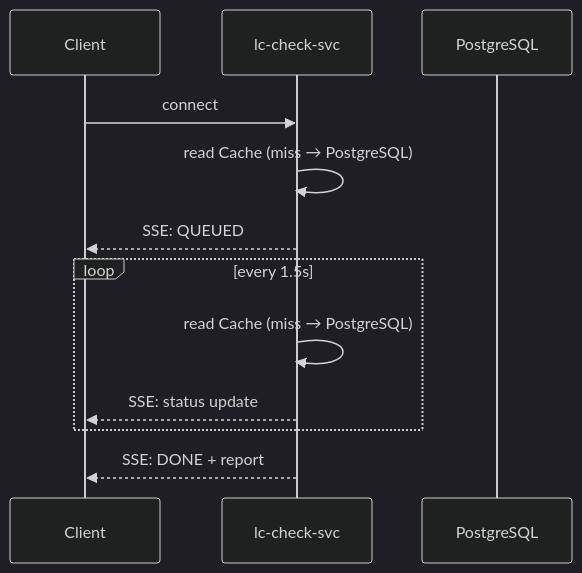
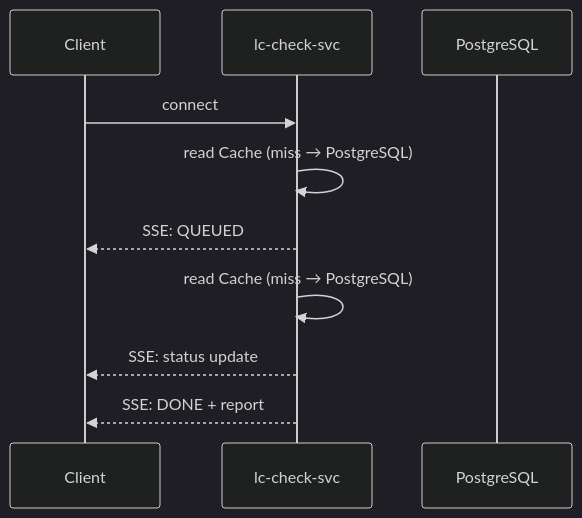
The third of 3 diagrams in README-2.md (smile-rr/lc-invoice-checker), drawn with Mermaid (dark theme) before and after one commit. The commit also changed 1 other file, not shown here.

Commit message:
refactor: simplify SSE status update flow by removing redundant loop

````diff
--- a/README-2.md
+++ b/README-2.md
@@ -89,17 +89,13 @@
 ```mermaid
 sequenceDiagram
     participant C as Client
     participant API as lc-check-svc
     participant DB as PostgreSQL
 
     C->>API: connect
     API->>API: read Cache (miss → PostgreSQL)
     API-->>C: SSE: QUEUED
-
-    loop every 1.5s
-        API->>API: read Cache (miss → PostgreSQL)
-        API-->>C: SSE: status update
-    end
-
+    API->>API: read Cache (miss → PostgreSQL)
+    API-->>C: SSE: status update
     API-->>C: SSE: DONE + report
 ```
````
